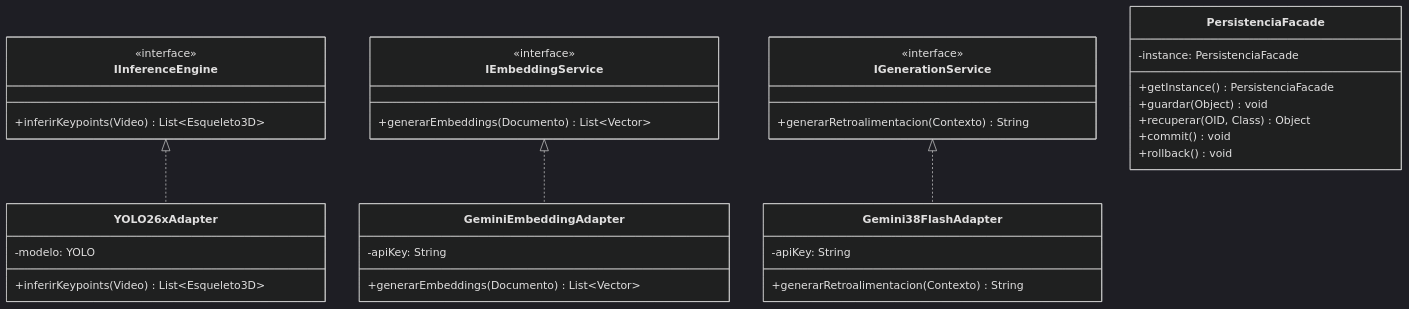
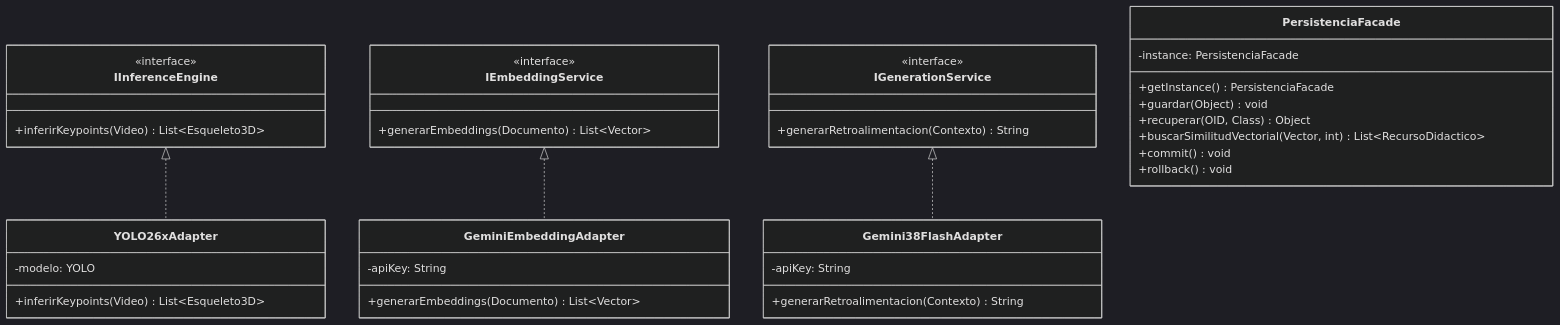
The tenth of 11 diagrams in README.md (Tsmrain/JiuJitsu), drawn with Mermaid (dark theme) before and after one commit. The commit also changed other lines of this file, not shown here.

Commit message:
docs: update README with kinematic imputation techniques, pgvector integration, and FiltroCinetico architectural documentation

````diff
--- a/README.md
+++ b/README.md
@@ -918,45 +933,46 @@
 ```mermaid
 classDiagram
     class IInferenceEngine {
         <<interface>>
         +inferirKeypoints(Video) List~Esqueleto3D~
     }
 
     class YOLO26xAdapter {
         -modelo: YOLO
         +inferirKeypoints(Video) List~Esqueleto3D~
     }
 
     class IEmbeddingService {
         <<interface>>
         +generarEmbeddings(Documento) List~Vector~
     }
 
     class GeminiEmbeddingAdapter {
         -apiKey: String
         +generarEmbeddings(Documento) List~Vector~
     }
 
     class IGenerationService {
         <<interface>>
         +generarRetroalimentacion(Contexto) String
     }
 
     class Gemini38FlashAdapter {
         -apiKey: String
         +generarRetroalimentacion(Contexto) String
     }
 
     class PersistenciaFacade {
         -instance: PersistenciaFacade
         +getInstance() PersistenciaFacade
         +guardar(Object) void
         +recuperar(OID, Class) Object
+        +buscarSimilitudVectorial(Vector, int) List~RecursoDidactico~
         +commit() void
         +rollback() void
     }
 
     IInferenceEngine <|.. YOLO26xAdapter
     IEmbeddingService <|.. GeminiEmbeddingAdapter
     IGenerationService <|.. Gemini38FlashAdapter
 ```
````
